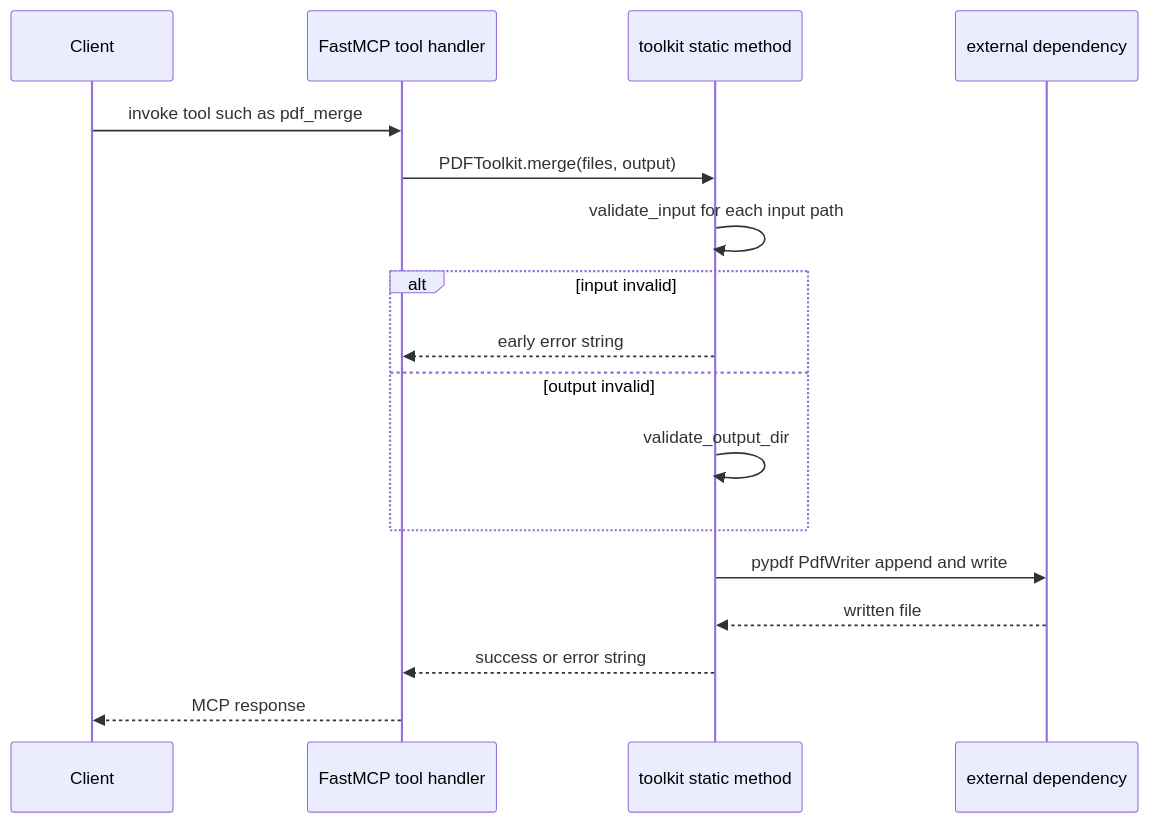
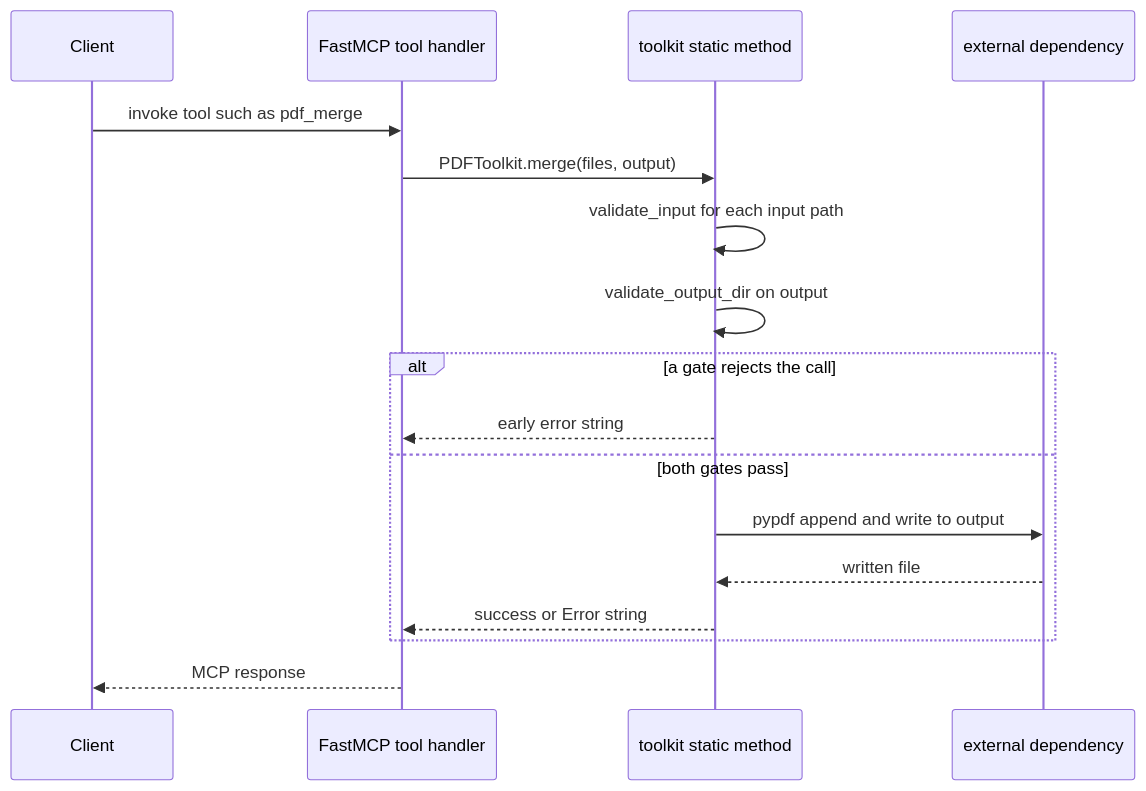
Before and after one commit to jrodeiro5/media-tools: the second of 3 diagrams in openwiki/architecture/overview.md, drawn with Mermaid. The commit also changed other lines of this file and 24 other files, not shown here.

````diff
--- a/openwiki/architecture/overview.md
+++ b/openwiki/architecture/overview.md
@@ -65,20 +95,20 @@
 ```mermaid
 sequenceDiagram
     participant Client
     participant Server as FastMCP tool handler
     participant Toolkit as toolkit static method
     participant Dep as external dependency
 
     Client->>Server: invoke tool such as pdf_merge
     Server->>Toolkit: PDFToolkit.merge(files, output)
     Toolkit->>Toolkit: validate_input for each input path
-    alt input invalid
+    Toolkit->>Toolkit: validate_output_dir on output
+    alt a gate rejects the call
         Toolkit-->>Server: early error string
-    else output invalid
-        Toolkit->>Toolkit: validate_output_dir
+    else both gates pass
+        Toolkit->>Dep: pypdf append and write to output
+        Dep-->>Toolkit: written file
+        Toolkit-->>Server: success or Error string
     end
-    Toolkit->>Dep: pypdf PdfWriter append and write
-    Dep-->>Toolkit: written file
-    Toolkit-->>Server: success or error string
     Server-->>Client: MCP response
 ```
````
